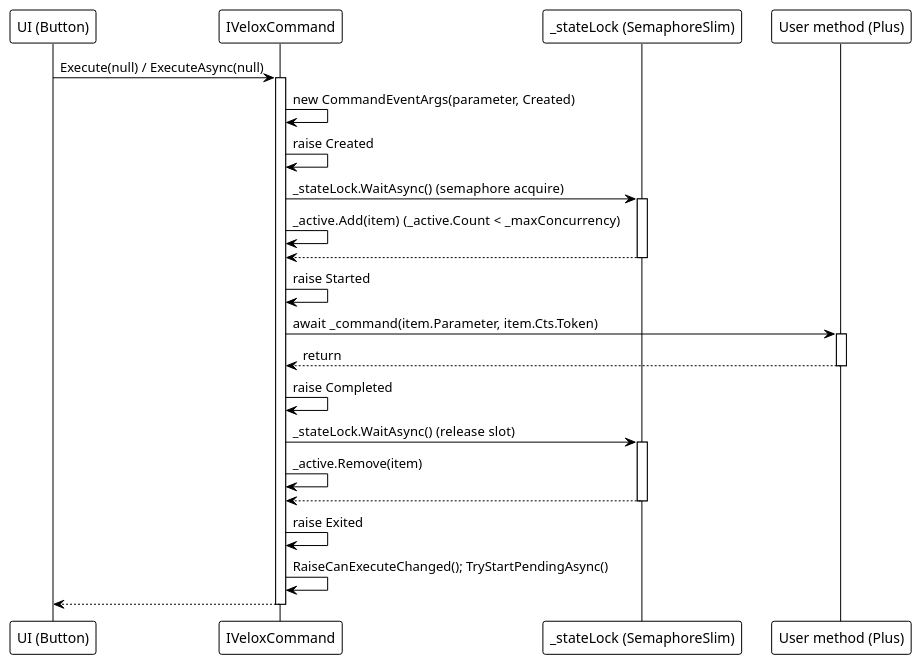
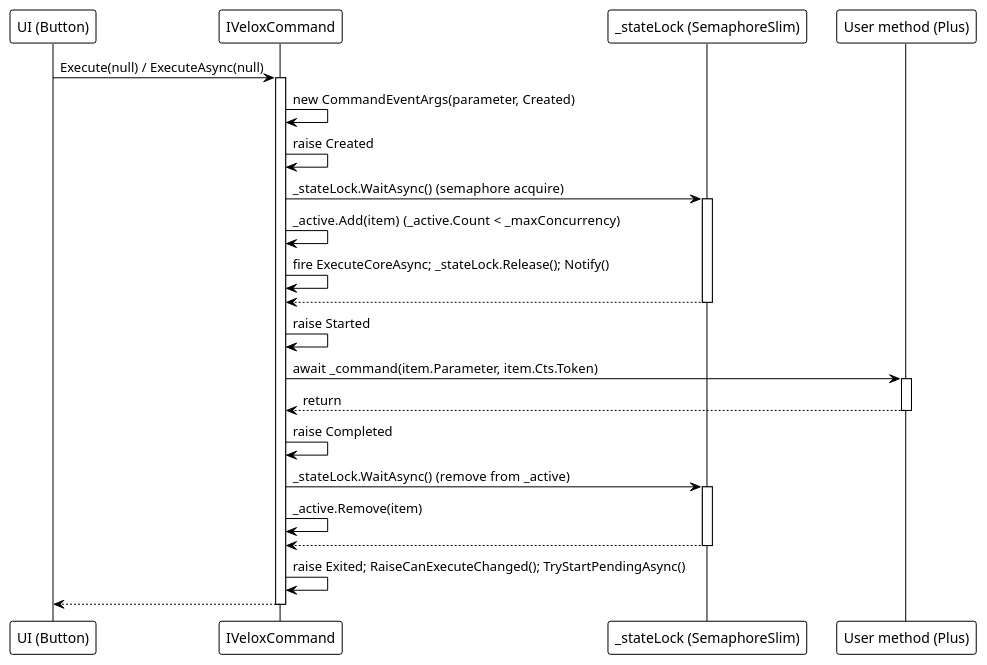
Before and after one commit to Axvser/VeloxDev.Docs: the third of 6 diagrams in src/CloudGlyph/Assets/Docs/content/en/3_SE_Analysis/03_data-flow/02_mvvm/index.md, drawn with PlantUML. The commit also changed other lines of this file and 443 other files, not shown here.

````diff
--- a/src/CloudGlyph/Assets/Docs/content/en/3_SE_Analysis/03_data-flow/02_mvvm/index.md
+++ b/src/CloudGlyph/Assets/Docs/content/en/3_SE_Analysis/03_data-flow/02_mvvm/index.md
@@ -7,35 +73,35 @@
 ```plantuml
 @startuml
 !theme plain
 
 participant "UI (Button)" as UI
 participant "IVeloxCommand" as Cmd
 participant "_stateLock (SemaphoreSlim)" as Lock
 participant "User method (Plus)" as Method
 
 UI -> Cmd: Execute(null) / ExecuteAsync(null)
 activate Cmd
 Cmd -> Cmd: new CommandEventArgs(parameter, Created)
 Cmd -> Cmd: raise Created
 Cmd -> Lock: _stateLock.WaitAsync()  (semaphore acquire)
 activate Lock
 Cmd -> Cmd: _active.Add(item)   (_active.Count < _maxConcurrency)
+Cmd -> Cmd: fire ExecuteCoreAsync; _stateLock.Release(); Notify()
 Lock --> Cmd
 deactivate Lock
 Cmd -> Cmd: raise Started
 Cmd -> Method: await _command(item.Parameter, item.Cts.Token)
 activate Method
 Method --> Cmd: return
 deactivate Method
 Cmd -> Cmd: raise Completed
-Cmd -> Lock: _stateLock.WaitAsync()  (release slot)
+Cmd -> Lock: _stateLock.WaitAsync()  (remove from _active)
 activate Lock
 Cmd -> Cmd: _active.Remove(item)
 Lock --> Cmd
 deactivate Lock
-Cmd -> Cmd: raise Exited
-Cmd -> Cmd: RaiseCanExecuteChanged(); TryStartPendingAsync()
+Cmd -> Cmd: raise Exited; RaiseCanExecuteChanged(); TryStartPendingAsync()
 Cmd --> UI
 deactivate Cmd
 @enduml
 ```
````
